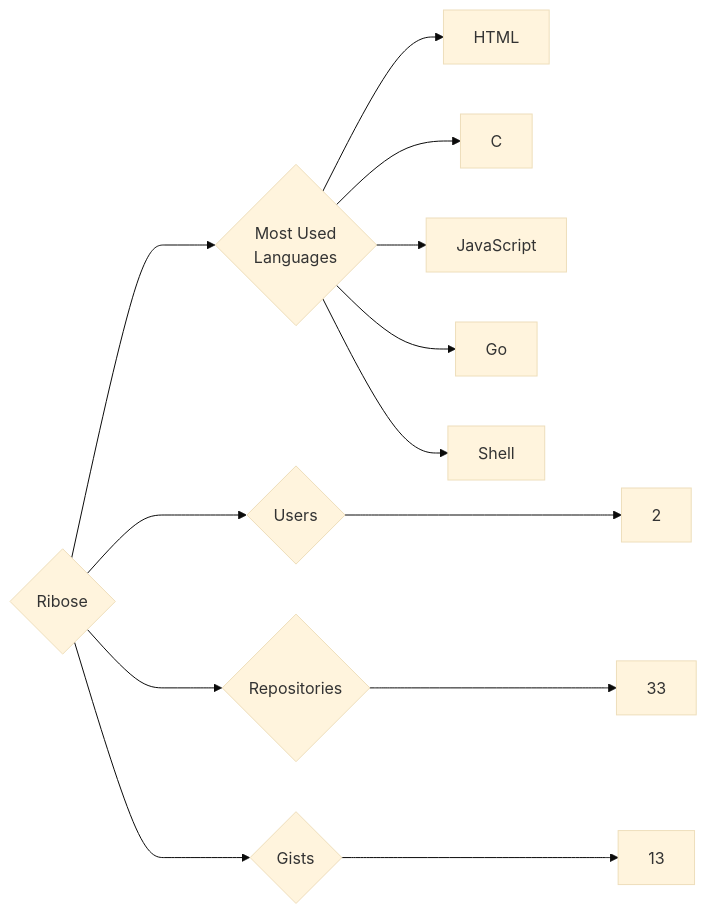
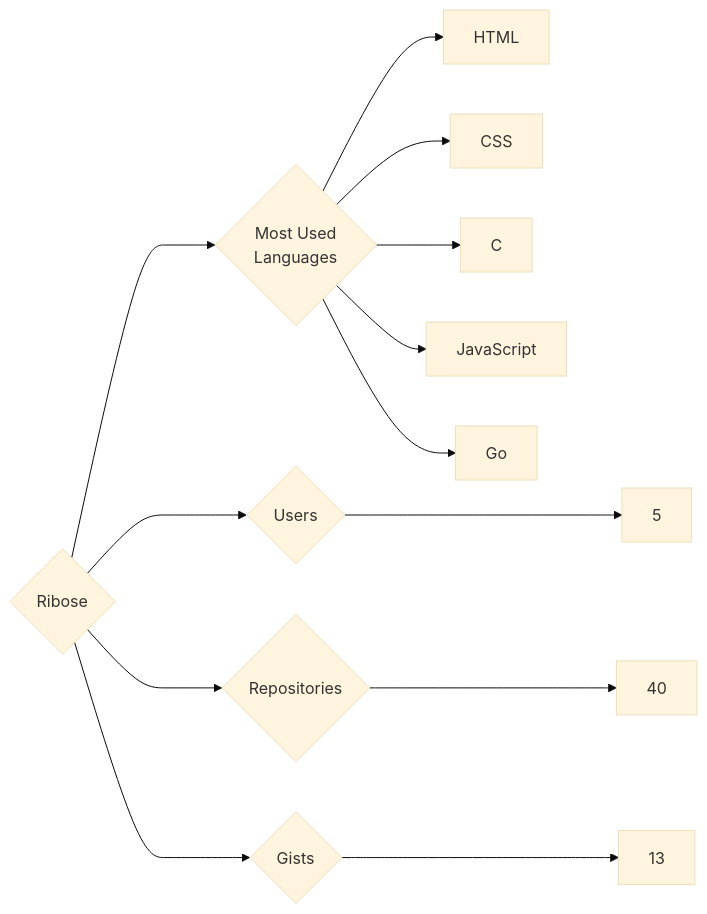
One commit to trickest/insiders changed the diagram in targets/Ribose/README.md. Above: the diagram before and after it, drawn with Mermaid (base theme). The commit also changed 1508 other files, not shown here.

````diff
--- a/targets/Ribose/README.md
+++ b/targets/Ribose/README.md
@@ -3,13 +3,13 @@
 ```mermaid
 graph LR
 COMPANY_NAME{Ribose}
-COMPANY_NAME ---> U{Users} ---> UN[2]
-COMPANY_NAME ---> R{Repositories} ---> RN[33]
+COMPANY_NAME ---> U{Users} ---> UN[5]
+COMPANY_NAME ---> R{Repositories} ---> RN[40]
 COMPANY_NAME ---> G{Gists} ---> GN[13]
 COMPANY_NAME ---> ML{Most Used<br>Languages}
 ML --> HTML[HTML]
+ML --> CSS[CSS]
 ML --> C[C]
 ML --> JavaScript[JavaScript]
 ML --> Go[Go]
-ML --> Shell[Shell]
 ```
````
